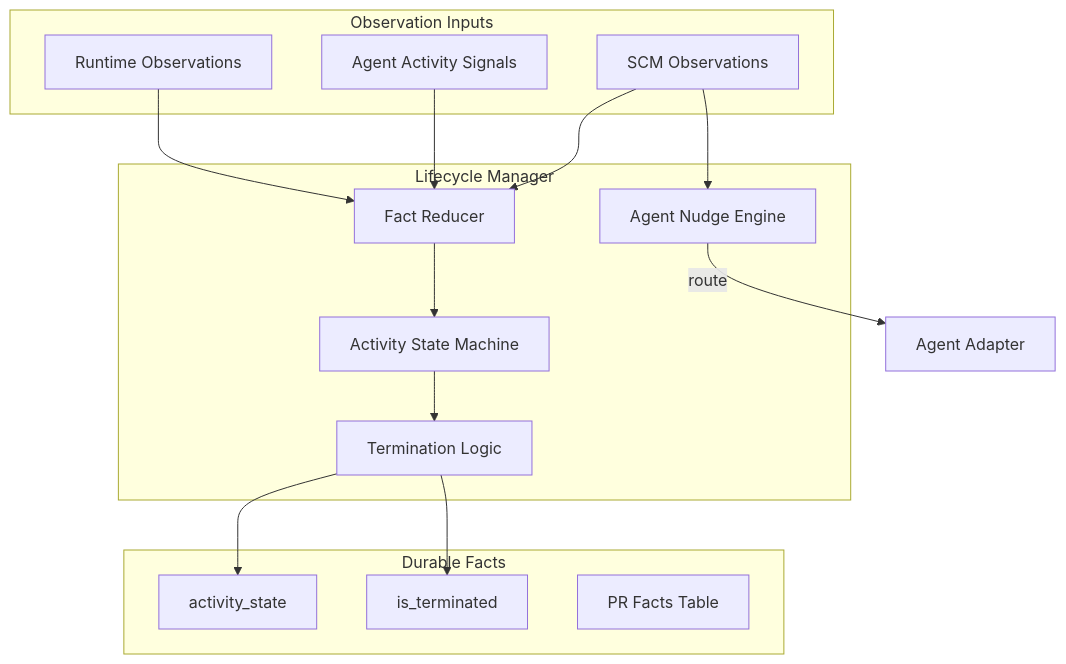
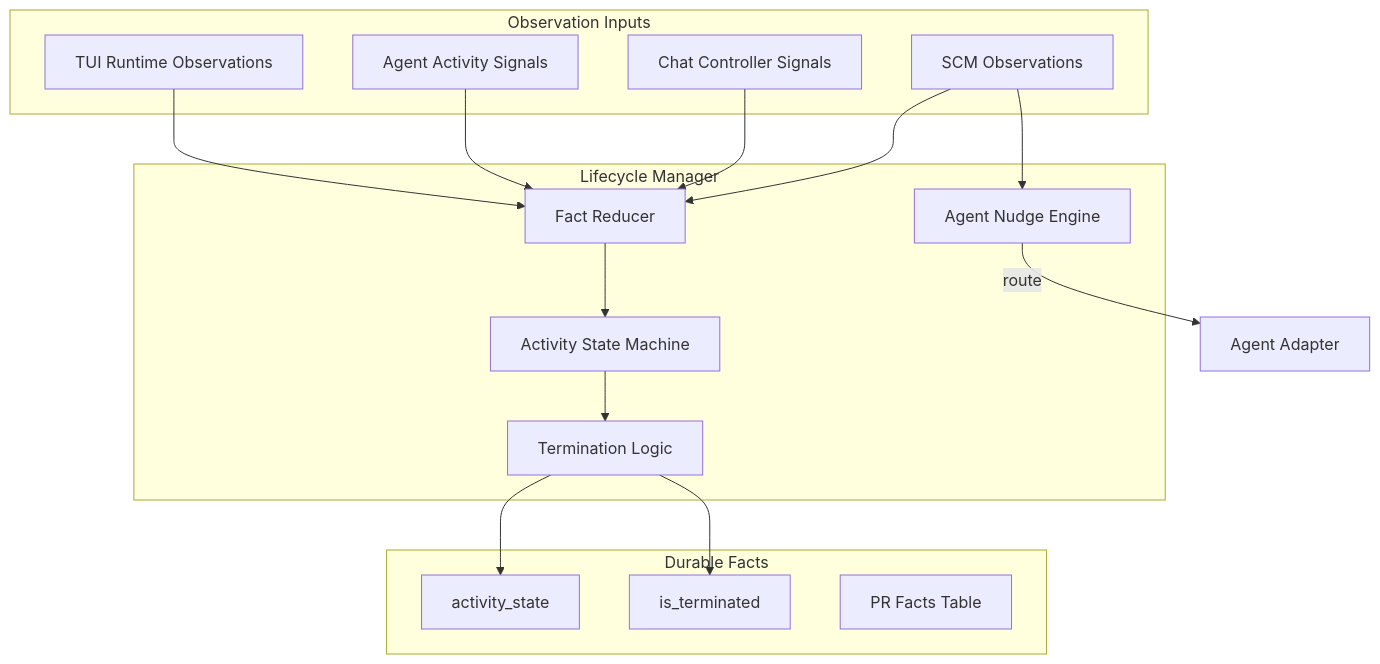
Before and after one commit to AronPerez/agent-orchestrator: diagram 15 of 24 in docs/architecture.md, drawn with Mermaid. The commit also changed other lines of this file and 744 other files, not shown here.

````diff
--- a/docs/architecture.md
+++ b/docs/architecture.md
@@ -487,34 +609,36 @@
 ```mermaid
 flowchart TD
     subgraph Inputs["Observation Inputs"]
-        RuntimeObs[Runtime Observations]
+        RuntimeObs[TUI Runtime Observations]
         ActivitySignals[Agent Activity Signals]
+        ChatSignals[Chat Controller Signals]
         SCMObs[SCM Observations]
     end
 
     subgraph LCM["Lifecycle Manager"]
         Reducer[Fact Reducer]
         StateMachine[Activity State Machine]
         Termination[Termination Logic]
         Nudge[Agent Nudge Engine]
     end
 
     subgraph Outputs["Durable Facts"]
         ActivityState[activity_state]
         IsTerminated[is_terminated]
         PRFacts[PR Facts Table]
     end
 
     RuntimeObs --> Reducer
     ActivitySignals --> Reducer
+    ChatSignals --> Reducer
     SCMObs --> Reducer
 
     Reducer --> StateMachine
     StateMachine --> Termination
     Termination --> ActivityState
     Termination --> IsTerminated
 
     SCMObs --> Nudge
     Nudge -->|route| Agent[Agent Adapter]
 
 ```
````
